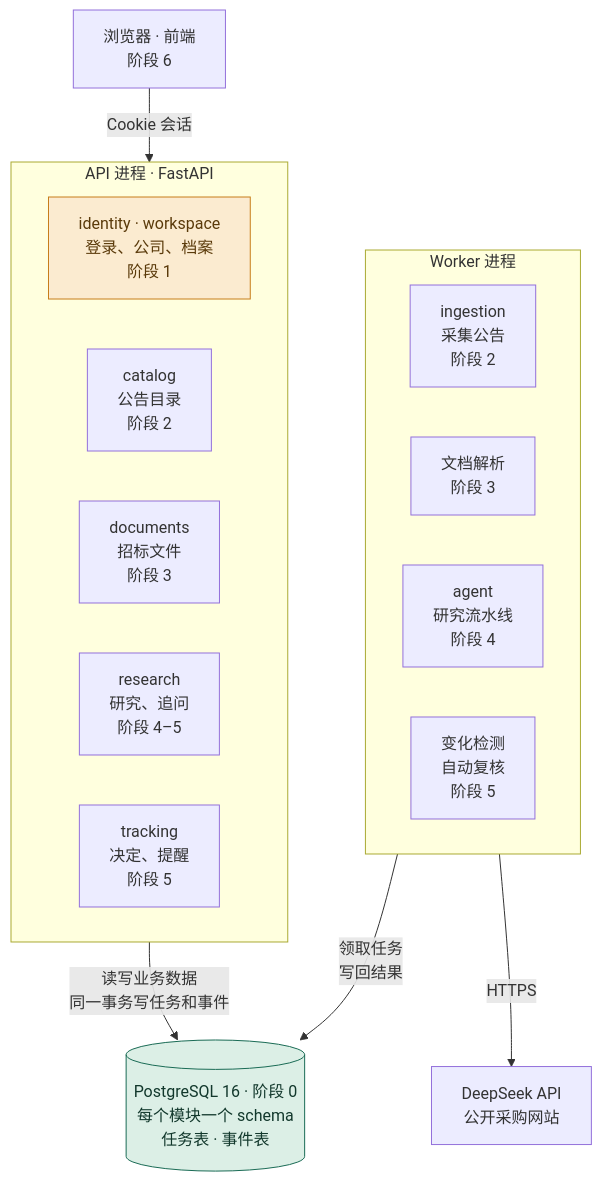
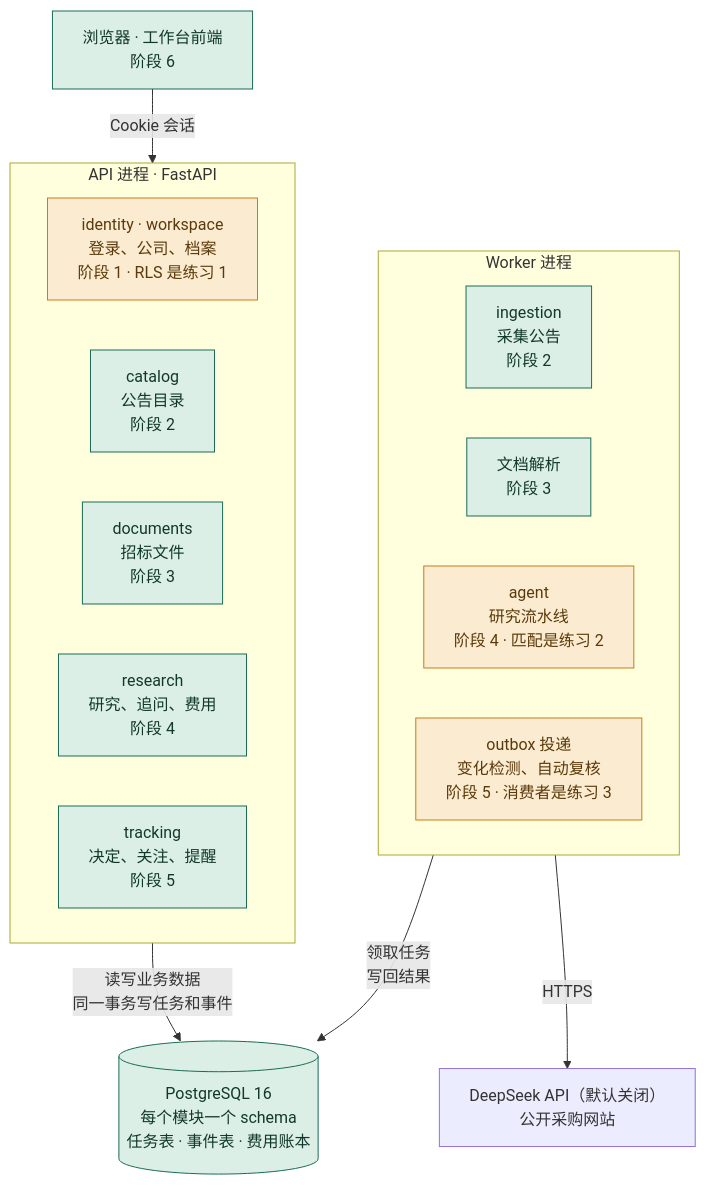
Before and after one commit to chasen2041maker/BidRadar: the diagram in docs/roadmap.md, drawn with Mermaid. The commit also changed other lines of this file and 193 other files, not shown here.

````diff
--- a/docs/roadmap.md
+++ b/docs/roadmap.md
@@ -27,27 +34,27 @@
 ```mermaid
 flowchart TB
-    web["浏览器 · 前端<br/>阶段 6"]
+    web["浏览器 · 工作台前端<br/>阶段 6"]
     subgraph API["API 进程 · FastAPI"]
-        m1["identity · workspace<br/>登录、公司、档案<br/>阶段 1"]
+        m1["identity · workspace<br/>登录、公司、档案<br/>阶段 1 · RLS 是练习 1"]
         m2["catalog<br/>公告目录<br/>阶段 2"]
         m3["documents<br/>招标文件<br/>阶段 3"]
-        m4["research<br/>研究、追问<br/>阶段 4–5"]
-        m5["tracking<br/>决定、提醒<br/>阶段 5"]
+        m4["research<br/>研究、追问、费用<br/>阶段 4"]
+        m5["tracking<br/>决定、关注、提醒<br/>阶段 5"]
     end
     subgraph Worker["Worker 进程"]
         w1["ingestion<br/>采集公告<br/>阶段 2"]
         w2["文档解析<br/>阶段 3"]
-        w3["agent<br/>研究流水线<br/>阶段 4"]
-        w4["变化检测<br/>自动复核<br/>阶段 5"]
+        w3["agent<br/>研究流水线<br/>阶段 4 · 匹配是练习 2"]
+        w4["outbox 投递<br/>变化检测、自动复核<br/>阶段 5 · 消费者是练习 3"]
     end
-    db[("PostgreSQL 16 · 阶段 0<br/>每个模块一个 schema<br/>任务表 · 事件表")]
-    ext["DeepSeek API<br/>公开采购网站"]
+    db[("PostgreSQL 16<br/>每个模块一个 schema<br/>任务表 · 事件表 · 费用账本")]
+    ext["DeepSeek API（默认关闭）<br/>公开采购网站"]
     web -- "Cookie 会话" --> API
     API -- "读写业务数据<br/>同一事务写任务和事件" --> db
     Worker -- "领取任务<br/>写回结果" --> db
     Worker -- "HTTPS" --> ext
     classDef done fill:#DCEFE6,stroke:#1A6B55,color:#12382C
-    classDef next fill:#FBEBD0,stroke:#C77D1A,color:#5A3A0A
-    class db done
-    class m1 next
+    classDef yours fill:#FBEBD0,stroke:#C77D1A,color:#5A3A0A
+    class web,m2,m3,m4,m5,w1,w2,db done
+    class m1,w3,w4 yours
 ```
````
